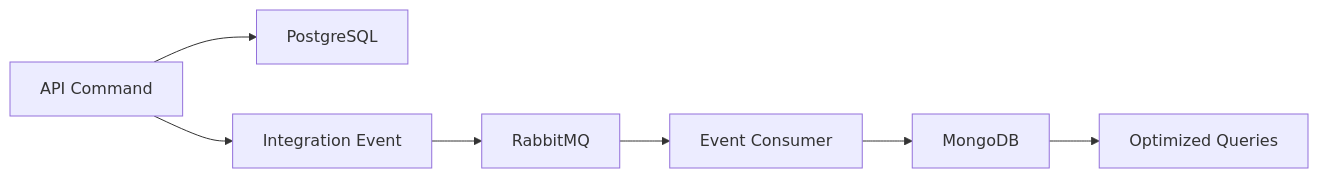
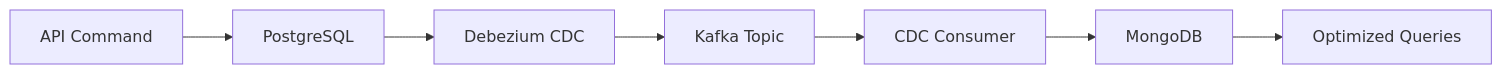
Before and after one commit to asanabrial/.net-api-hexagonal-skeleton: the first of 3 diagrams in README.md, drawn with Mermaid. The commit also changed other lines of this file, not shown here.

Commit message:
docs: Update README to reflect changes in architecture and technology stack, emphasizing Change Data Capture with Debezium and Kafka

````diff
--- a/README.md
+++ b/README.md
@@ -67,9 +68,9 @@
 ```mermaid
 graph LR
     A[API Command] --> B[PostgreSQL]
-    A --> C[Integration Event]
-    C --> D[RabbitMQ]
-    D --> E[Event Consumer]
+    B --> C[Debezium CDC]
+    C --> D[Kafka Topic]
+    D --> E[CDC Consumer]
     E --> F[MongoDB]
     F --> G[Optimized Queries]
 ```
````
